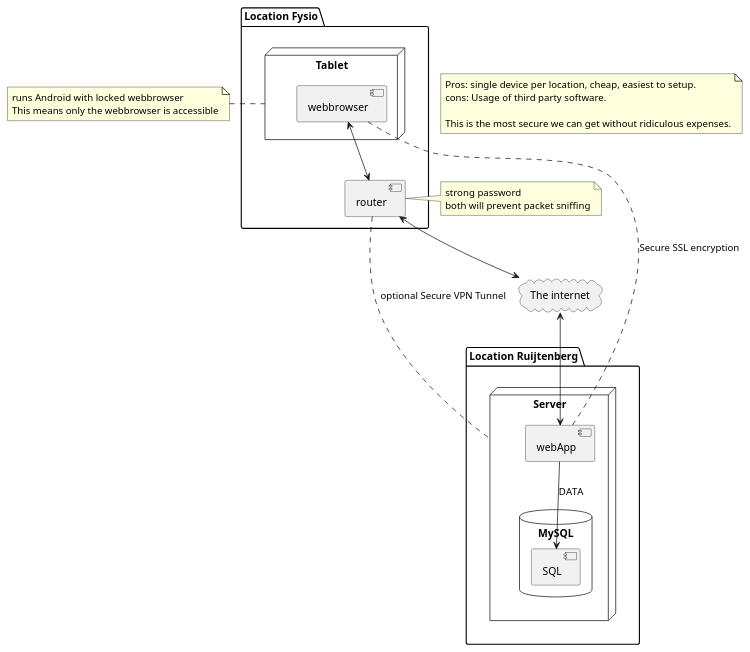
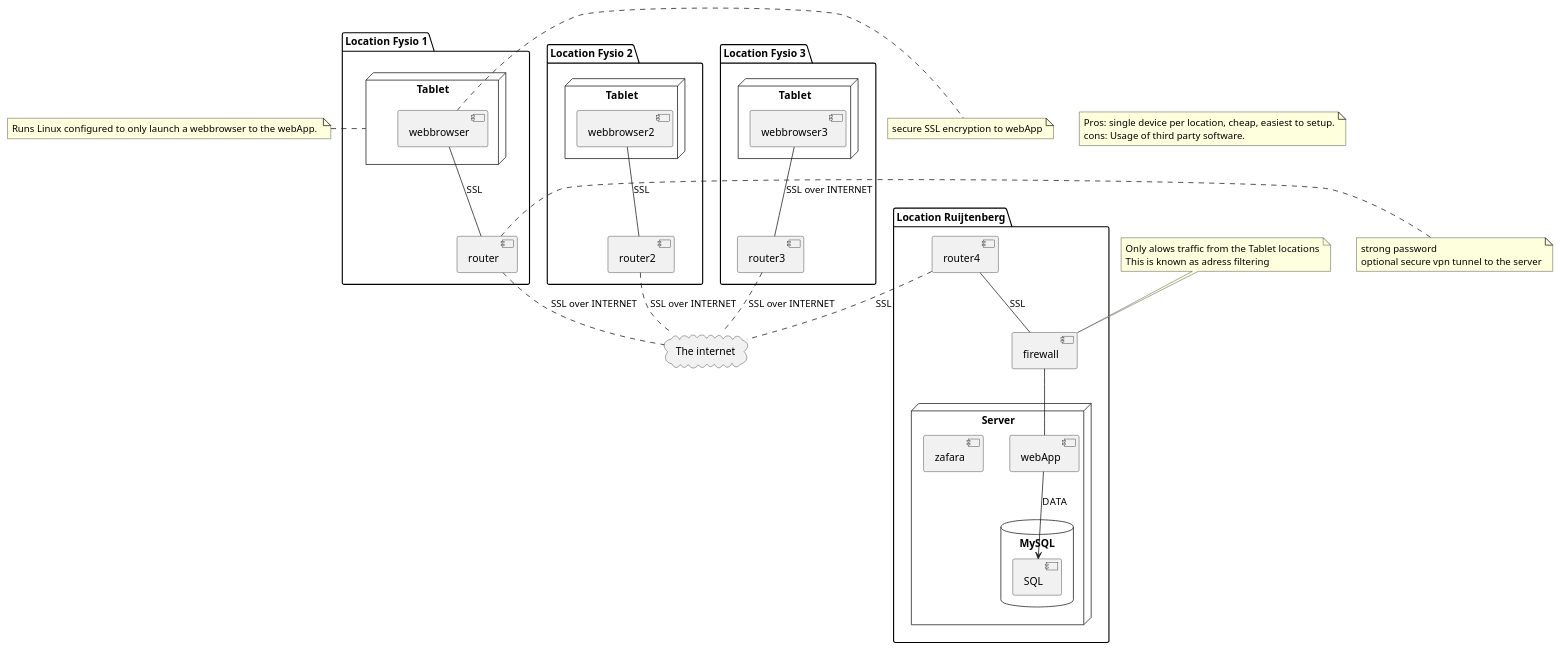
One commit to TheSocialChicken/fysiofeedback changed the diagram in fysionetwerk.plantuml. Above: the diagram before and after it, drawn with PlantUML. The commit also changed 2 other files, not shown here.

```diff
--- a/fysionetwerk.plantuml
+++ b/fysionetwerk.plantuml
@@ -1,49 +1,78 @@
 @startuml
 
-package "Location Fysio" {
+package "Location Fysio 1" {
 node "Tablet" as tablet {
 [webbrowser]
 }
 	[router]
 }
+
+package "Location Fysio 2" {
+node "Tablet" as tablet2 {
+[webbrowser2]
+}
+	[router2]
+}
+
+package "Location Fysio 3" {
+node "Tablet" as tablet3 {
+[webbrowser3]
+}
+	[router3]
+}
 note left of tablet
-runs Android with locked webbrowser
-This means only the webbrowser is accessible
+Runs Linux configured to only launch a webbrowser to the webApp. 
 end note
+
 note right of [router]
 'hidden' network
 strong password
-both will prevent packet sniffing
+optional secure vpn tunnel to the server
 end note
+
 
 
 cloud "The internet" as internet{
 
+
 }
 
 package "Location Ruijtenberg" {
-
+	
+	[firewall]
+	[router4]
 	node "Server" as S2{
 		database "MySQL" {
 			[SQL]
 		}
 		[webApp]
+		[zafara]
 	}
 }
 
 
+[router] .. internet: SSL over INTERNET
+note top of [firewall]
+Only alows traffic from the Tablet locations
+This is known as adress filtering
+end note
+
+note right of [webbrowser]
+secure SSL encryption to webApp
+end note
 
 
-[webbrowser] <--> [router]
-[router] <--> internet
-internet <--> [webApp]
+[webbrowser] -- [router]: SSL
+
 [webApp] --> [SQL]: DATA
-[webbrowser] .. [webApp]: Secure SSL encryption
-[router] .. S2: optional Secure VPN Tunnel
+[router4] -- [firewall]: SSL
+[router4] .. internet: SSL
+[firewall] -- [webApp]
+[webbrowser2] -- [router2]: SSL
+[router2] .. internet: SSL over INTERNET
 
-
-note "Pros: single device per location, cheap, easiest to setup.\ncons: Usage of third party software. \n\nThis is the most secure we can get without ridiculous expenses." as N1
-
-
+[webbrowser3] -- [router3]: SSL over INTERNET
+[router3] .. internet: SSL over INTERNET
+note "Pros: single device per location, cheap, easiest to setup.\ncons: Usage of third party software. " as N1
 
 @enduml
```
